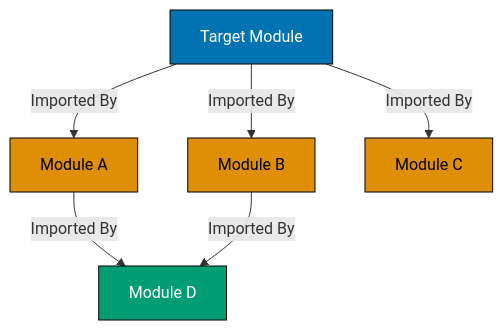
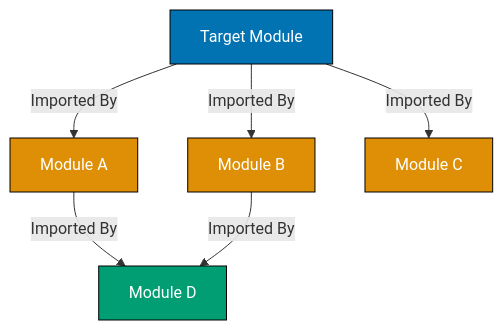
Before and after one commit to wahidyankf/open-sharia-enterprise: the second of 8 diagrams in apps/ayokoding-web/content/en/learn/software-engineering/automation-tools/claude-code/by-example/intermediate.md, drawn with Mermaid. The commit also changed other lines of this file and 61 other files, not shown here.

First line of the commit message:
fix(ayokoding-web): quote Mermaid node labels with special characters in Example 63

````diff
--- a/apps/ayokoding-web/content/en/learn/software-engineering/automation-tools/claude-code/by-example/intermediate.md
+++ b/apps/ayokoding-web/content/en/learn/software-engineering/automation-tools/claude-code/by-example/intermediate.md
@@ -115,14 +115,14 @@
 ```mermaid
 graph TD
     A[Target Module] -->|Imported By| B[Module A]
     A -->|Imported By| C[Module B]
     A -->|Imported By| D[Module C]
     B -->|Imported By| E[Module D]
     C -->|Imported By| E
 
     style A fill:#0173B2,stroke:#000,color:#fff
-    style B fill:#DE8F05,stroke:#000,color:#000
-    style C fill:#DE8F05,stroke:#000,color:#000
-    style D fill:#DE8F05,stroke:#000,color:#000
+    style B fill:#DE8F05,stroke:#000,color:#fff
+    style C fill:#DE8F05,stroke:#000,color:#fff
+    style D fill:#DE8F05,stroke:#000,color:#fff
     style E fill:#029E73,stroke:#000,color:#fff
 ```
````
